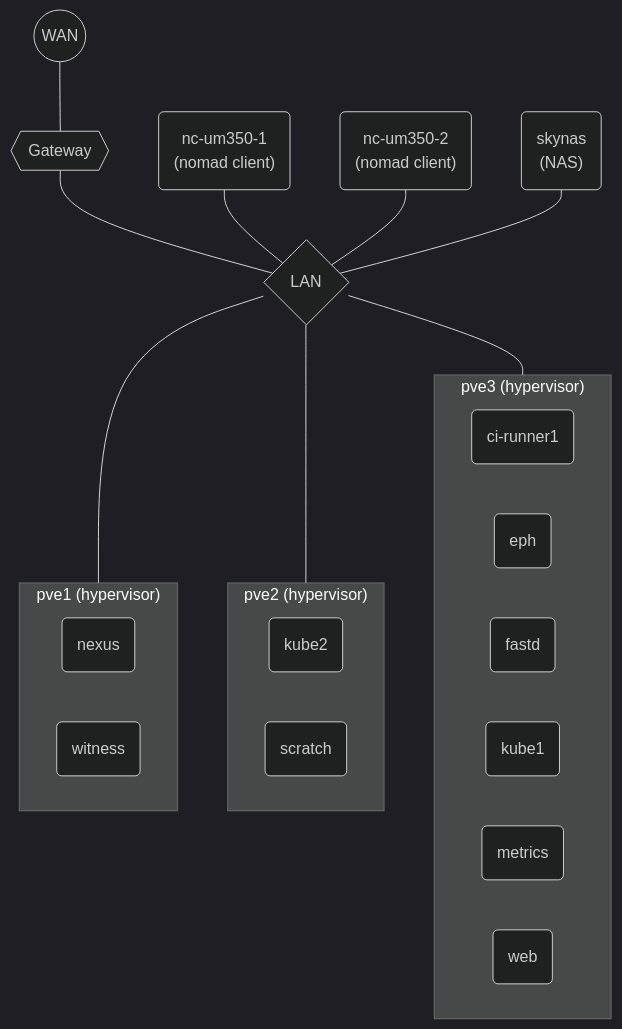
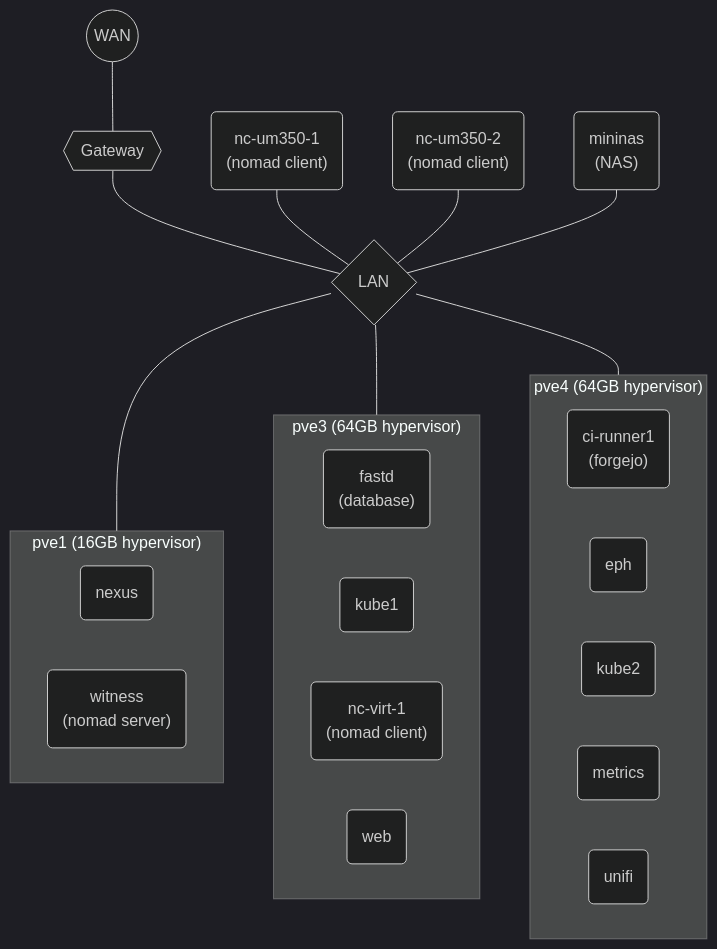
One commit to jhillyerd/homelab changed the first of 2 diagrams in README.md. Above: the diagram before and after it, drawn with Mermaid (dark theme).

Commit message:
Revise NAS and hypervisor labels in README
Updated NAS and hypervisor descriptions in the diagram.

````diff
--- a/README.md
+++ b/README.md
@@ -13,30 +13,31 @@
 ```mermaid
 graph TD
     wan((WAN)) --- gw{{Gateway}}
     gw --- lan{LAN}
     nc1("nc-um350-1<br/>(nomad client)") --- lan
     nc2("nc-um350-2<br/>(nomad client)") --- lan
-    nas("skynas<br/>(NAS)") --- lan
+    nas("mininas<br/>(NAS)") --- lan
     lan --- pve1
-    lan --- pve2
     lan --- pve3
-    subgraph pve1 ["pve1 (hypervisor)"]
+    lan --- pve4
+    subgraph pve1 ["pve1 (16GB hypervisor)"]
         direction RL
         nexus("nexus")
-        witness("witness")
+        witness("witness<br/>(nomad server)")
     end
-    subgraph pve2 ["pve2 (hypervisor)"]
+    subgraph pve3 ["pve3 (64GB hypervisor)"]
         direction RL
-        kube2("kube2")
-        scratch("scratch")
-    end
-    subgraph pve3 ["pve3 (hypervisor)"]
-        direction RL
-        ci-runner1("ci-runner1")
-        eph("eph")
-        fastd("fastd")
+        fastd("fastd<br/>(database)")
         kube1("kube1")
-        metrics("metrics")
+        nc-virt-1("nc-virt-1<br/>(nomad client)")
         web("web")
     end
+    subgraph pve4 ["pve4 (64GB hypervisor)"]
+        direction RL
+        ci-runner1("ci-runner1<br/>(forgejo)")
+        eph("eph")
+        kube2("kube2")
+        metrics("metrics")
+        unifi("unifi")
+    end
 ```
````
